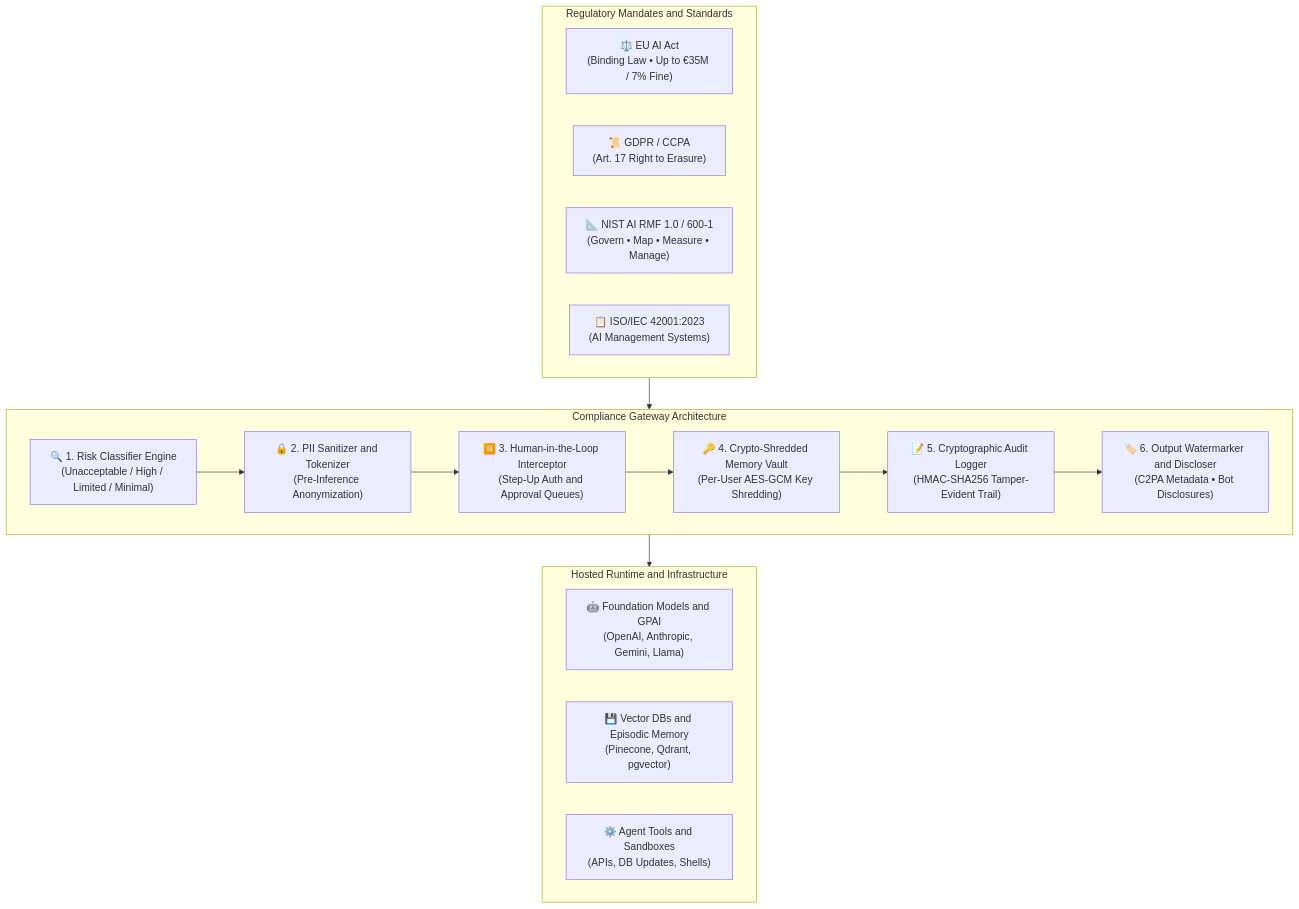
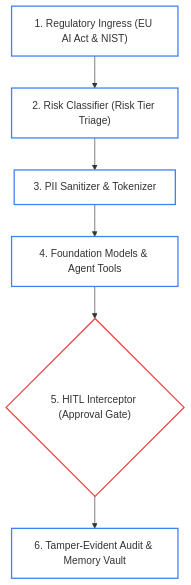
The first of 12 diagrams in resources/ai-governance-and-compliance-guide.md (dip4k/senior-engineer-to-ai-engineer-roadmap), drawn with Mermaid before and after one commit. The commit also changed other lines of this file and 49 other files, not shown here.

First line of the commit message:
feat(curriculum): complete 2026 refactoring across roadmaps, use-cases, labs, and agent-forge

````diff
--- a/resources/ai-governance-and-compliance-guide.md
+++ b/resources/ai-governance-and-compliance-guide.md
@@ -11,28 +11,19 @@
 ```mermaid
 flowchart TD
-    subgraph Regulatory["Regulatory Mandates and Standards"]
-        EU["⚖️ EU AI Act\n(Binding Law • Up to €35M / 7% Fine)"]
-        GDPR["📜 GDPR / CCPA\n(Art. 17 Right to Erasure)"]
-        NIST["📐 NIST AI RMF 1.0 / 600-1\n(Govern • Map • Measure • Manage)"]
-        ISO["📋 ISO/IEC 42001:2023\n(AI Management Systems)"]
-    end
+    Reg["1. Regulatory Ingress (EU AI Act & NIST)"]
+    Classify["2. Risk Classifier (Risk Tier Triage)"]
+    PII["3. PII Sanitizer & Tokenizer"]
+    Runtime["4. Foundation Models & Agent Tools"]
+    HITL{"5. HITL Interceptor (Approval Gate)"}
+    Audit["6. Tamper-Evident Audit & Memory Vault"]
 
-    subgraph Gateway["Compliance Gateway Architecture"]
-        Classify["🔍 1. Risk Classifier Engine\n(Unacceptable / High / Limited / Minimal)"]
-        PII["🔒 2. PII Sanitizer and Tokenizer\n(Pre-Inference Anonymization)"]
-        HITL["⏸️ 3. Human-in-the-Loop Interceptor\n(Step-Up Auth and Approval Queues)"]
-        Crypto["🔑 4. Crypto-Shredded Memory Vault\n(Per-User AES-GCM Key Shredding)"]
-        Audit["📝 5. Cryptographic Audit Logger\n(HMAC-SHA256 Tamper-Evident Trail)"]
-        Watermark["🏷️ 6. Output Watermarker and Discloser\n(C2PA Metadata • Bot Disclosures)"]
-    end
+    Reg --> Classify
+    Classify --> PII
+    PII --> Runtime
+    Runtime --> HITL
+    HITL --> Audit
 
-    subgraph Runtime["Hosted Runtime and Infrastructure"]
-        LLM["🤖 Foundation Models and GPAI\n(OpenAI, Anthropic, Gemini, Llama)"]
-        VectorDB["💾 Vector DBs and Episodic Memory\n(Pinecone, Qdrant, pgvector)"]
-        Tools["⚙️ Agent Tools and Sandboxes\n(APIs, DB Updates, Shells)"]
-    end
-
-    Regulatory --> Gateway
-    Gateway --> Runtime
-    Classify --> PII --> HITL --> Crypto --> Audit --> Watermark
+    classDef default fill:none,stroke:#3b82f6,stroke-width:2px;
+    classDef gate fill:none,stroke:#ef4444,stroke-width:2px;
+    class HITL gate;
 ```
````
